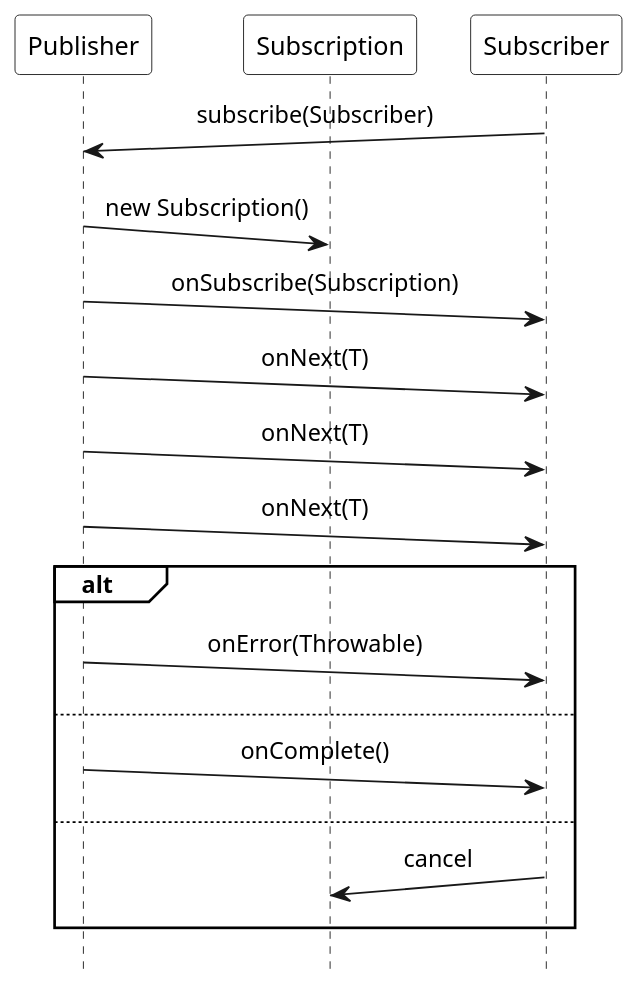
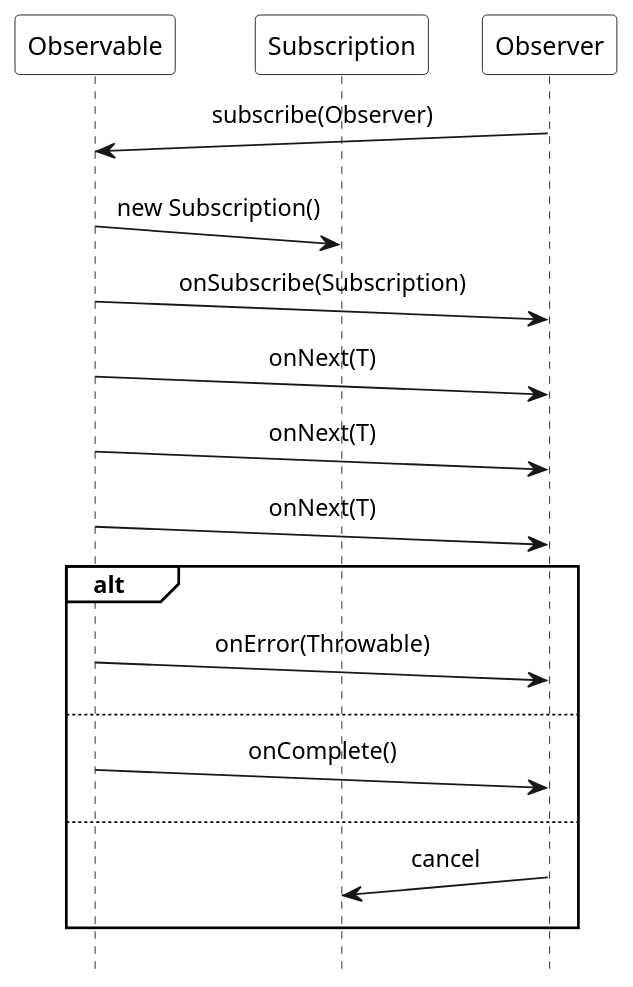
The diagram in images/pattern_Observer.puml (ti-cortex-m4/demo-java-reactive-streams-old), drawn with PlantUML before and after one commit.

```diff
--- a/images/pattern_Observer.puml
+++ b/images/pattern_Observer.puml
@@ -1,36 +1,36 @@
 @startuml
 
 scale 1.2
 hide footbox
 
 !pragma teoz true
 
 skinparam monochrome true
 skinparam defaultFontName Source Sans Pro
 skinparam sequenceMessageAlign center
 skinparam participantBackgroundColor #white
 skinparam noteBackgroundColor #white
 skinparam sequenceGroupBackgroundColor #white
 skinparam participantPadding 10
 
-participant Publisher
+participant Observable
 participant Subscription
-participant Subscriber
+participant Observer
 
-Subscriber ->(10) Publisher : subscribe(Subscriber)
-Publisher ->(10) Subscription : new Subscription()
-Publisher ->(10) Subscriber : onSubscribe(Subscription)
+Observer ->(10) Observable : subscribe(Observer)
+Observable ->(10) Subscription : new Subscription()
+Observable ->(10) Observer : onSubscribe(Subscription)
 
-Publisher ->(10) Subscriber : onNext(T)
-Publisher ->(10) Subscriber : onNext(T)
-Publisher ->(10) Subscriber : onNext(T)
+Observable ->(10) Observer : onNext(T)
+Observable ->(10) Observer : onNext(T)
+Observable ->(10) Observer : onNext(T)
 
 alt
-    Publisher ->(10) Subscriber : onError(Throwable)
+    Observable ->(10) Observer : onError(Throwable)
 else
-    Publisher ->(10) Subscriber : onComplete()
+    Observable ->(10) Observer : onComplete()
 else
-    Subscriber ->(10) Subscription : cancel
+    Observer ->(10) Subscription : cancel
 end
 
 @enduml
```
